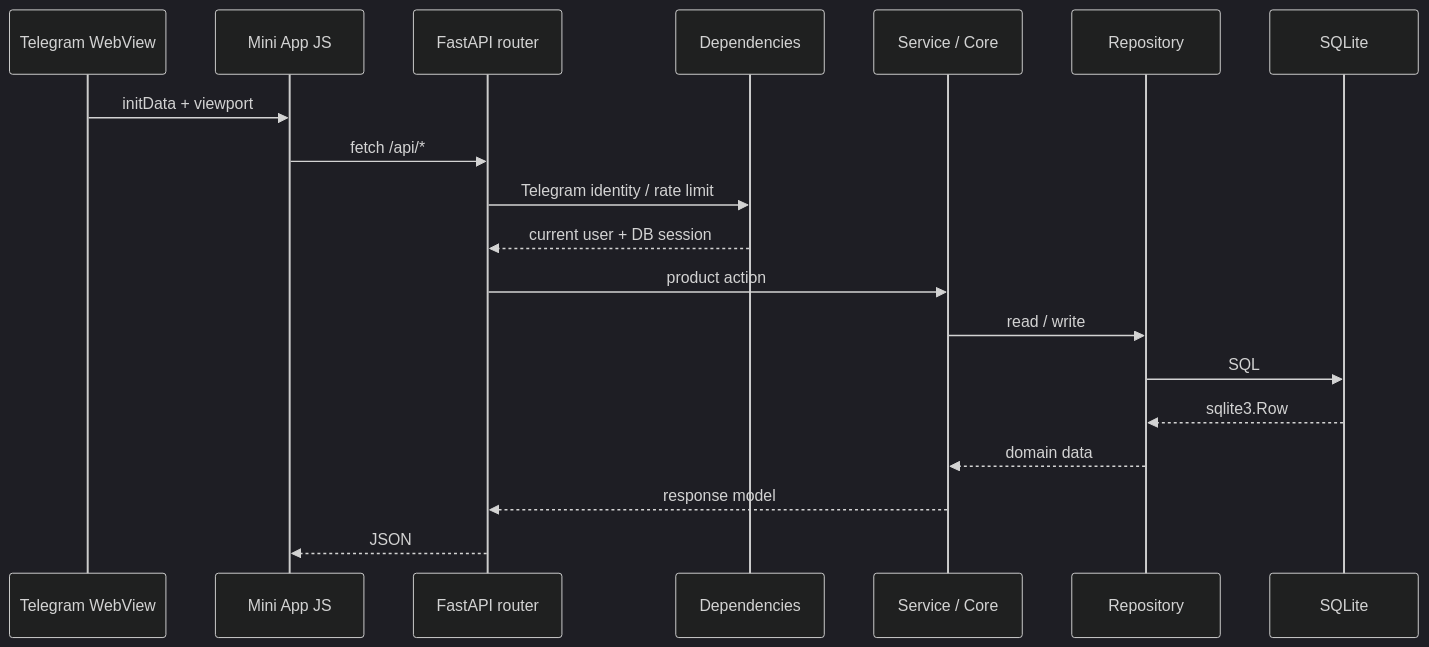
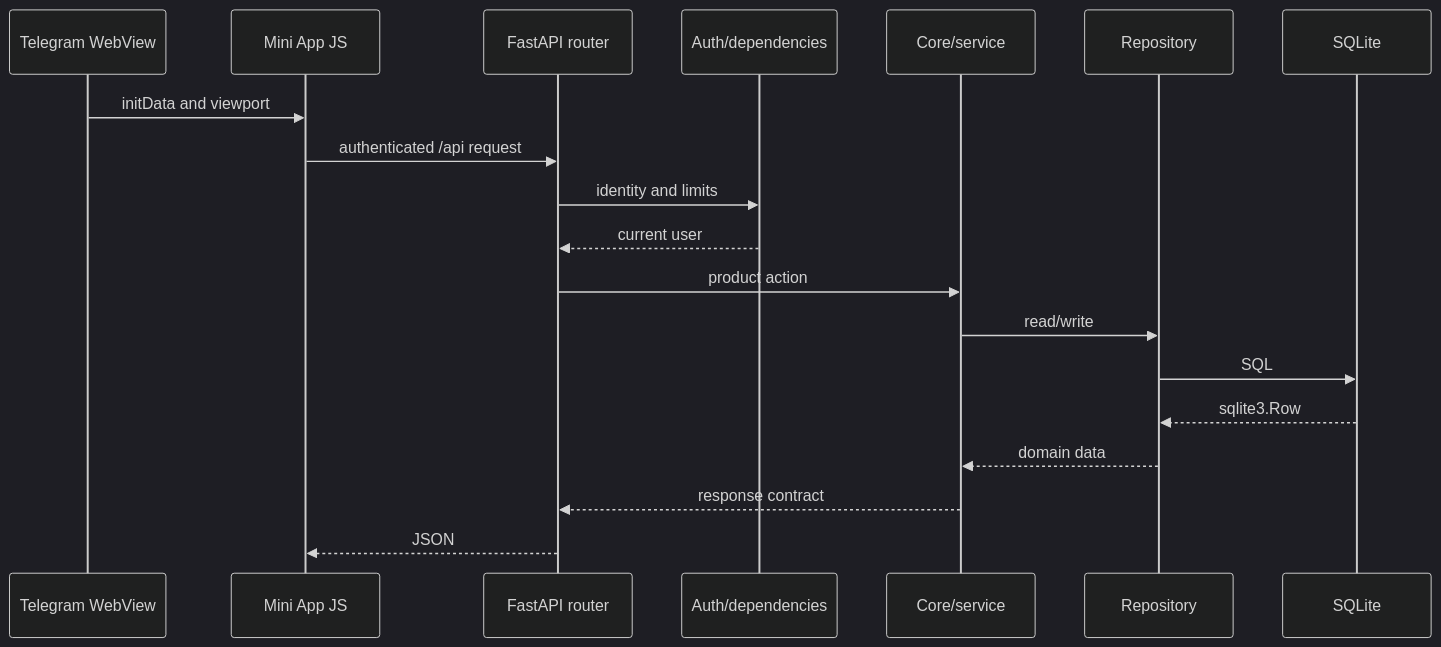
One commit to astartv1ai-del/oracleAI changed the second of 2 diagrams in docs/ARCHITECTURE.md. Above: the diagram before and after it, drawn with Mermaid (dark theme). The commit also changed other lines of this file and 328 other files, not shown here.

Commit message:
chore: clean repository and document chart product roadmap

````diff
--- a/docs/ARCHITECTURE.md
+++ b/docs/ARCHITECTURE.md
@@ -41,22 +37,22 @@
 ```mermaid
 sequenceDiagram
     participant T as Telegram WebView
     participant M as Mini App JS
     participant A as FastAPI router
-    participant D as Dependencies
-    participant S as Service / Core
+    participant D as Auth/dependencies
+    participant C as Core/service
     participant R as Repository
     participant DB as SQLite
 
-    T->>M: initData + viewport
-    M->>A: fetch /api/*
-    A->>D: Telegram identity / rate limit
-    D-->>A: current user + DB session
-    A->>S: product action
-    S->>R: read / write
+    T->>M: initData and viewport
+    M->>A: authenticated /api request
+    A->>D: identity and limits
+    D-->>A: current user
+    A->>C: product action
+    C->>R: read/write
     R->>DB: SQL
     DB-->>R: sqlite3.Row
-    R-->>S: domain data
-    S-->>A: response model
+    R-->>C: domain data
+    C-->>A: response contract
     A-->>M: JSON
 ```
````
